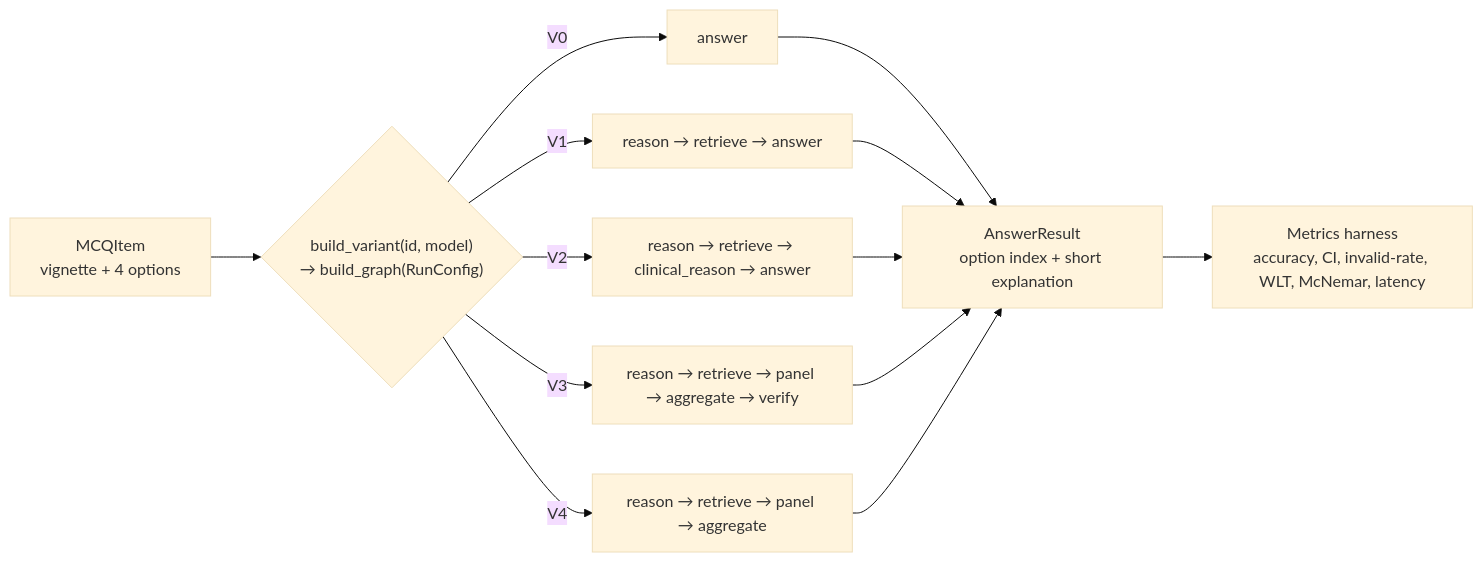
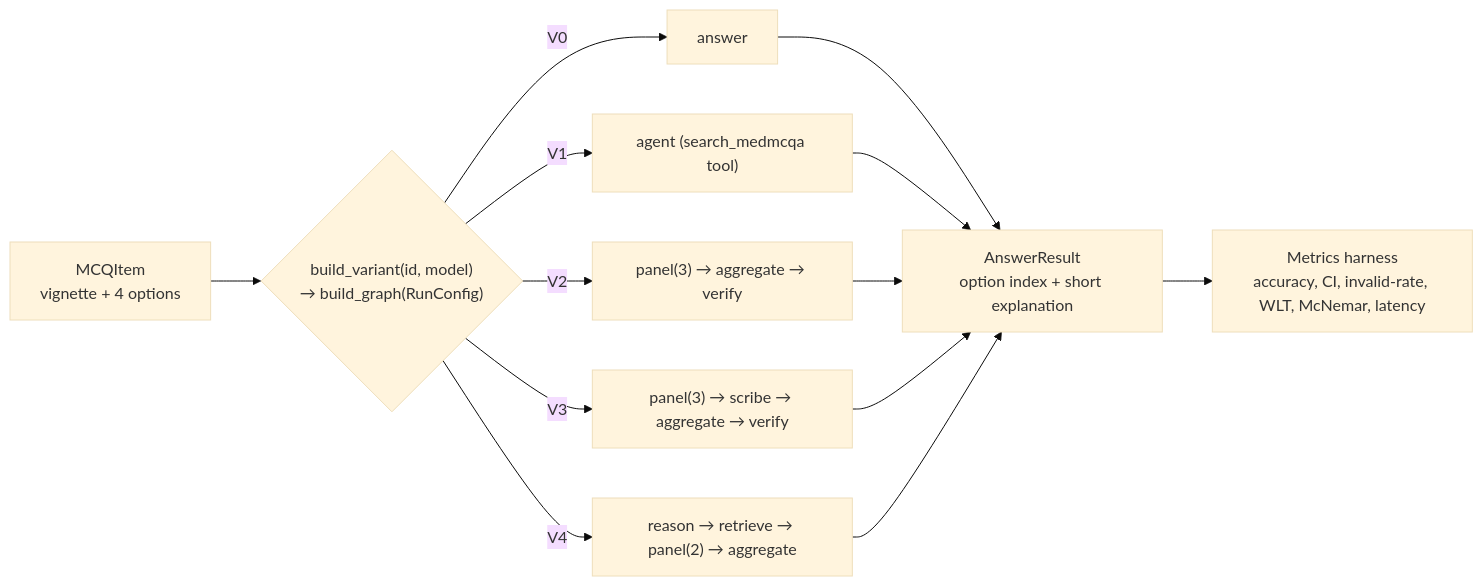
The first of 5 diagrams in docs/ARCHITECTURE.md (tigonguyen/langgraph-agent-hospital), drawn with Mermaid (base theme) before and after one commit. The commit also changed other lines of this file and 6 other files, not shown here.

First line of the commit message:
docs: sync architecture docs with the agentic V1-V4 design

````diff
--- a/docs/ARCHITECTURE.md
+++ b/docs/ARCHITECTURE.md
@@ -16,11 +18,11 @@
 ```mermaid
 flowchart LR
     item["MCQItem<br/>vignette + 4 options"] --> sw{"build_variant(id, model)<br/>→ build_graph(RunConfig)"}
     sw -->|V0| v0["answer"]
-    sw -->|V1| v1["reason → retrieve → answer"]
-    sw -->|V2| v2["reason → retrieve → clinical_reason → answer"]
-    sw -->|V3| v3["reason → retrieve → panel → aggregate → verify"]
-    sw -->|V4| v4["reason → retrieve → panel → aggregate"]
+    sw -->|V1| v1["agent (search_medmcqa tool)"]
+    sw -->|V2| v2["panel(3) → aggregate → verify"]
+    sw -->|V3| v3["panel(3) → scribe → aggregate → verify"]
+    sw -->|V4| v4["reason → retrieve → panel(2) → aggregate"]
     v0 & v1 & v2 & v3 & v4 --> ans["AnswerResult<br/>option index + short explanation"]
     ans --> eval["Metrics harness<br/>accuracy, CI, invalid-rate, WLT, McNemar, latency"]
 ```
````
